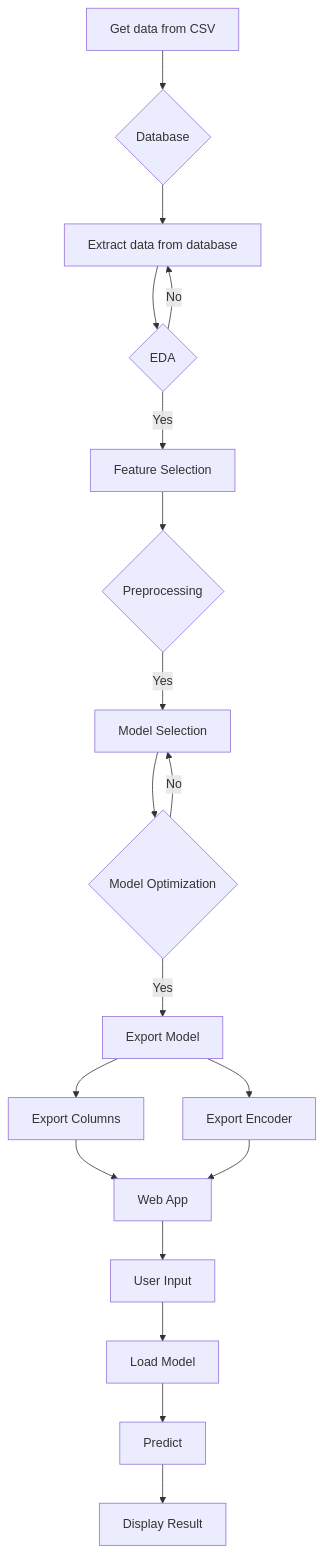
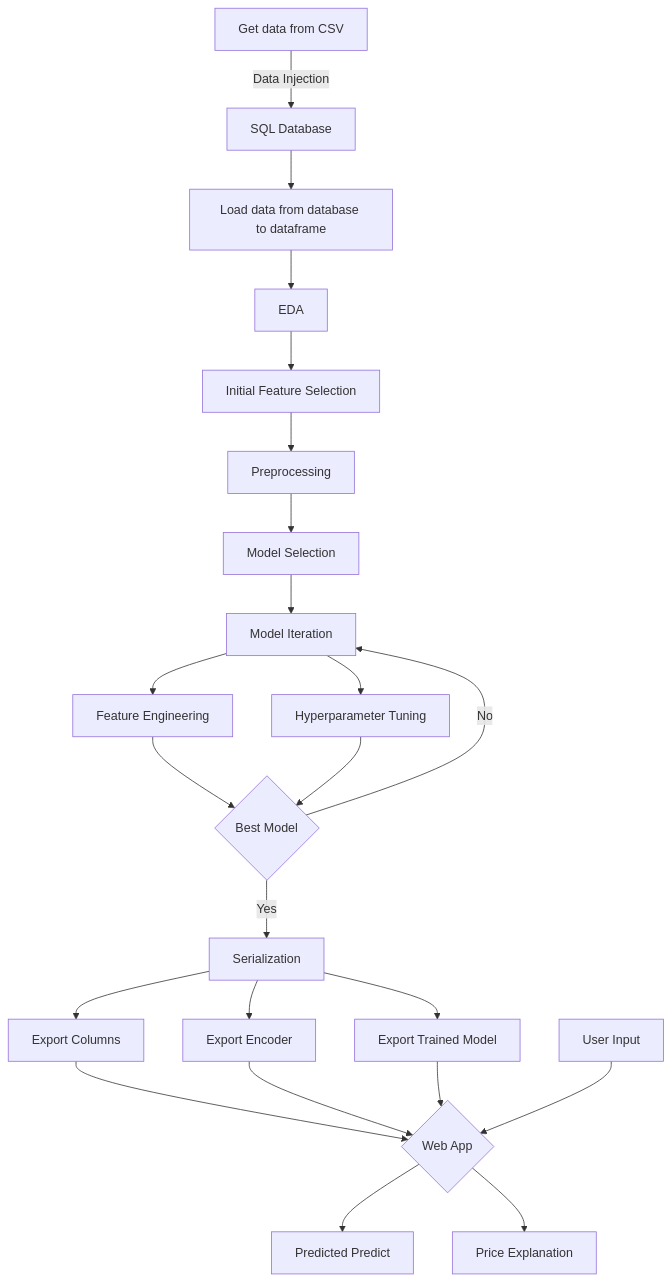
The diagram in README.md (ge0rgeth0mas/HOUSE-PRICE-PREDICTOR), drawn with Mermaid before and after one commit. The commit also changed other lines of this file and 4 other files, not shown here.

````diff
--- a/README.md
+++ b/README.md
@@ -67,21 +67,25 @@
 ```mermaid
 graph TD;
-    A[Get data from CSV] --> B{Database};
-    B --> C[Extract data from database];
-    C --> D{EDA};
-    D --> |Yes| E[Feature Selection];
-    D --> |No| C;
-    E --> F{Preprocessing};
-    F --> |Yes| G[Model Selection];
-    G --> H{Model Optimization};
-    H --> |Yes| I[Export Model];
-    H --> |No| G;
-    I --> J[Export Columns];
-    I --> K[Export Encoder];
-    J --> L[Web App];
-    K --> L;
-    L --> M[User Input];
-    M --> N[Load Model];
-    N --> O[Predict];
-    O --> P[Display Result];
+    A[Get data from CSV] --> |Data Injection| B[SQL Database];
+    B --> C[Load data from database to dataframe];
+    C --> D[EDA];
+    D --> E[Initial Feature Selection];
+    E --> F[Preprocessing];
+    F --> G[Model Selection];
+    G --> H[Model Iteration];
+    H --> I[Feature Engineering]
+    HH --> |No| H;
+    H --> J[Hyperparameter Tuning]
+    I --> HH{Best Model}
+    J --> HH{Best Model}
+    HH --> |Yes| K[Serialization];
+    K --> L[Export Columns];
+    K --> M[Export Encoder];
+    K --> KK[Export Trained Model];
+    L --> N{Web App};
+    M --> N;
+    KK --> N;
+    O[User Input] --> N;
+    N --> Q[Predicted Predict];
+    N --> R[Price Explanation];
 ```
````
